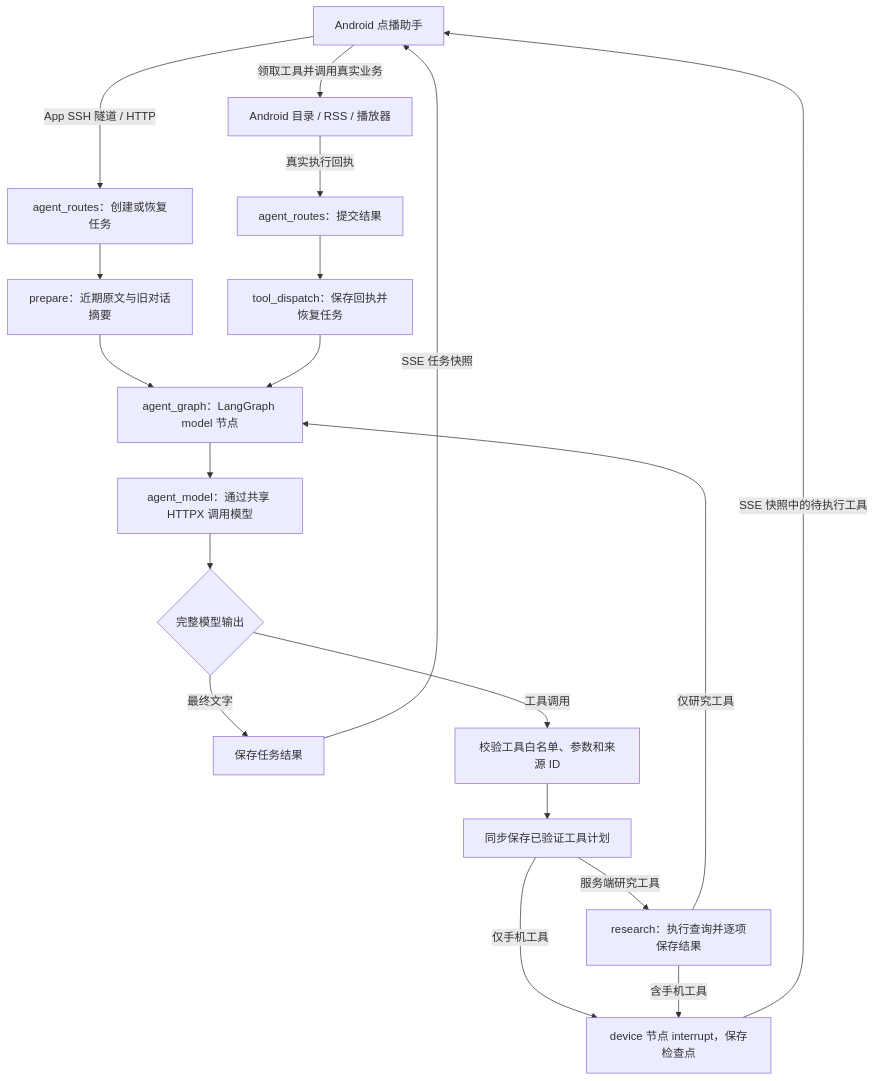
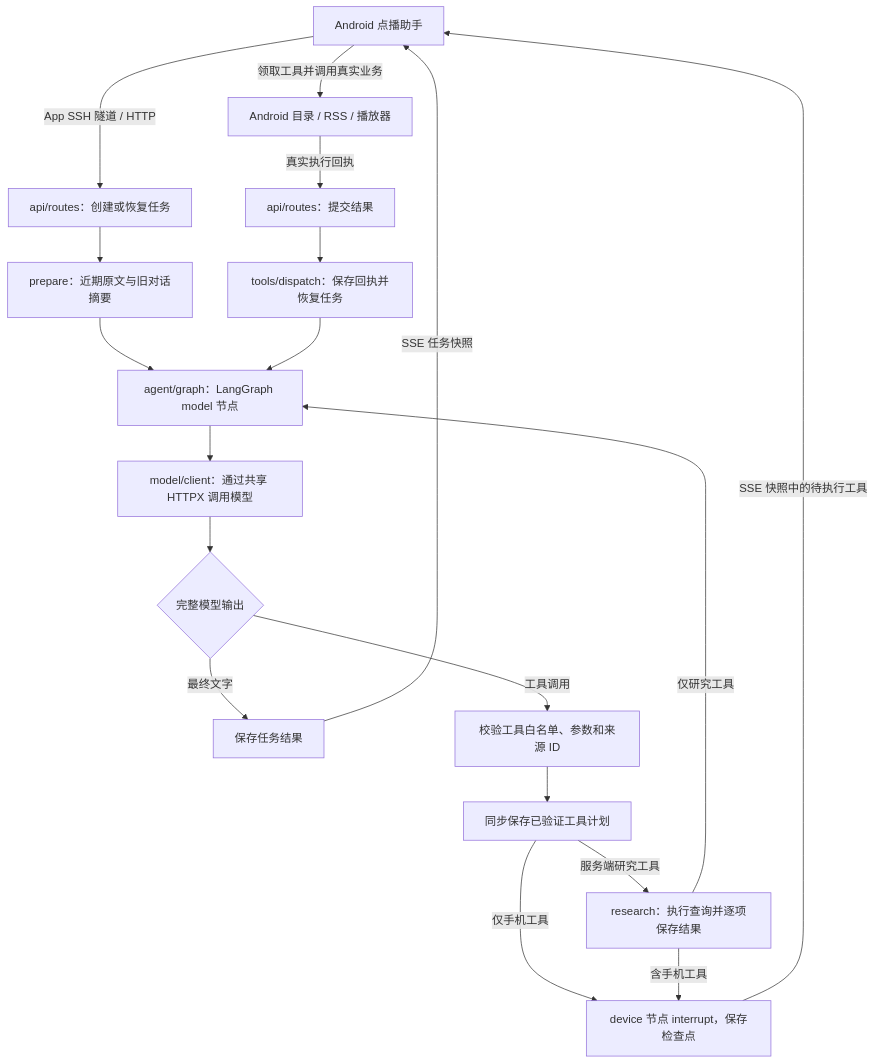
The diagram in README.md (bililateral/MaoerLite), drawn with Mermaid before and after one commit. The commit also changed other lines of this file and 9 other files, not shown here.

````diff
--- a/README.md
+++ b/README.md
@@ -344,21 +348,21 @@
 ```mermaid
 flowchart TD
-    A[Android 点播助手] -->|App SSH 隧道 / HTTP| B[agent_routes：创建或恢复任务]
+    A[Android 点播助手] -->|App SSH 隧道 / HTTP| B[api/routes：创建或恢复任务]
     B --> P[prepare：近期原文与旧对话摘要]
-    P --> C[agent_graph：LangGraph model 节点]
-    C --> D[agent_model：通过共享 HTTPX 调用模型]
+    P --> C[agent/graph：LangGraph model 节点]
+    C --> D[model/client：通过共享 HTTPX 调用模型]
     D --> E{完整模型输出}
     E -->|最终文字| F[保存任务结果]
     E -->|工具调用| G[校验工具白名单、参数和来源 ID]
     G --> L[同步保存已验证工具计划]
     L -->|服务端研究工具| R[research：执行查询并逐项保存结果]
     L -->|仅手机工具| H[device 节点 interrupt，保存检查点]
     R -->|含手机工具| H
     R -->|仅研究工具| C
     H -->|SSE 快照中的待执行工具| A
     A -->|领取工具并调用真实业务| I[Android 目录 / RSS / 播放器]
-    I -->|真实执行回执| J[agent_routes：提交结果]
-    J --> K[tool_dispatch：保存回执并恢复任务]
+    I -->|真实执行回执| J[api/routes：提交结果]
+    J --> K[tools/dispatch：保存回执并恢复任务]
     K --> C
     F -->|SSE 任务快照| A
 ```
````
